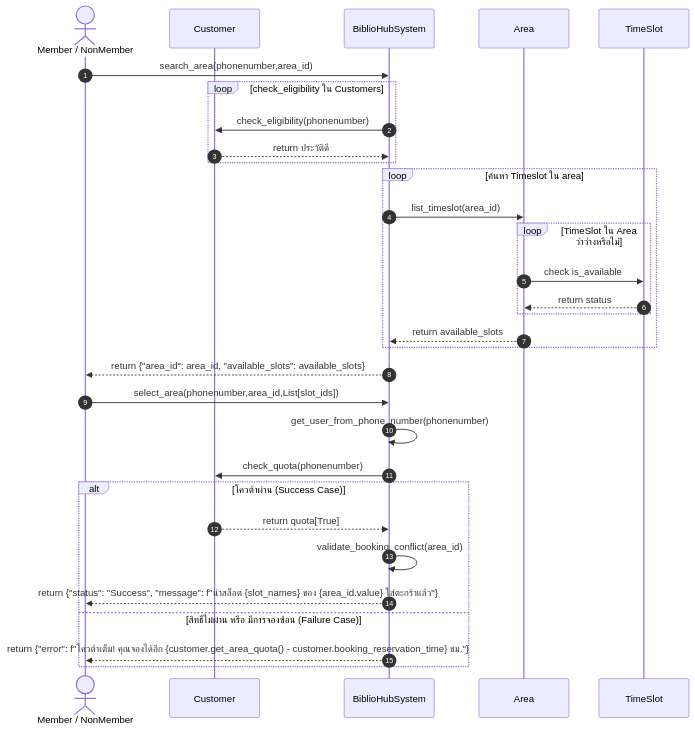
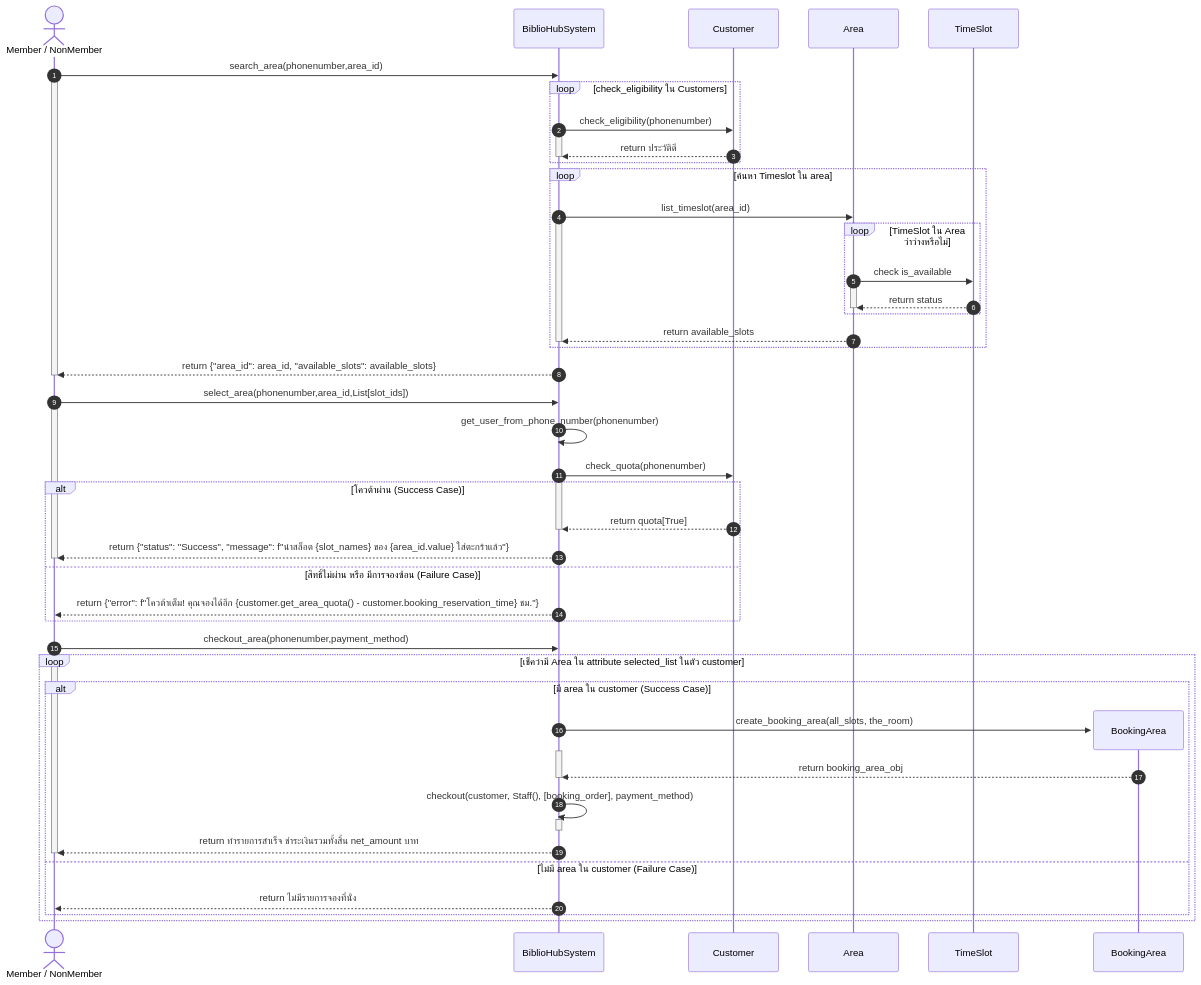
The diagram in mermaid/seq_booking_area.mmd (NadtaphumBadkhunthod/OOP), drawn with Mermaid before and after one commit. The commit also changed 4 other files, not shown here.

Commit message:
Revert "change class diagram and seq_area and booking_area"

```diff
--- a/mermaid/seq_booking_area.mmd
+++ b/mermaid/seq_booking_area.mmd
@@ -1,34 +1,67 @@
 sequenceDiagram
     autonumber
     actor Customer as Member / NonMember
+    participant System as BiblioHubSystem
     participant Customers as Customer
-    participant System as BiblioHubSystem
+    
     participant AreaObj as Area
     participant Slot as TimeSlot    
 
     Customer->>System: search_area(phonenumber,area_id)
+    activate Customer
     loop check_eligibility ใน Customers
         System->>Customers: check_eligibility(phonenumber)
+        activate System
         Customers-->>System: return ประวัติดี
+        deactivate System
     end
     loop ค้นหา Timeslot ใน area
         System->>AreaObj: list_timeslot(area_id)
+        activate System
         loop  TimeSlot ใน Area ว่าว่างหรือไม่
             AreaObj->>Slot: check is_available
+            activate AreaObj
             Slot-->>AreaObj: return status
+            deactivate AreaObj
         end
         AreaObj-->>System: return available_slots
+        deactivate System
+        
     end
 
     System-->>Customer: return {"area_id": area_id, "available_slots": available_slots}
+    deactivate Customer
 
+    %% Select Area and Slot
     Customer->>System: select_area(phonenumber,area_id,List[slot_ids])
+    activate Customer
     System->>System: get_user_from_phone_number(phonenumber)
     System->>Customers: check_quota(phonenumber)
+    activate System
     alt โควต้าผ่าน (Success Case)
         Customers-->>System: return quota[True]
-        System->>System:validate_booking_conflict(area_id)
+        deactivate System
         System-->>Customer: return {"status": "Success", "message": f"นำสล็อต {slot_names} ของ {area_id.value} ใส่ตะกร้าแล้ว"}
+        deactivate Customer
     else สิทธิ์ไม่ผ่าน หรือ มีการจองซ้อน (Failure Case)
         System-->>Customer: return {"error": f"โควต้าเต็ม! คุณจองได้อีก {customer.get_area_quota() - customer.booking_reservation_time} ชม."}
+        
     end
+    Customer->>System: checkout_area(phonenumber,payment_method)
+    activate Customer
+    loop เช็คว่ามี Area ใน attribute selected_list ในตัว customer
+        alt มี area ใน customer (Success Case)
+            create participant BArea as BookingArea
+            System->>BArea:create_booking_area(all_slots, the_room)
+            activate System
+            BArea -->>System:return booking_area_obj
+            deactivate System
+            System->>System:checkout(customer, Staff(), [booking_order], payment_method)
+            activate System
+            deactivate System
+            System-->>Customer:return ทำรายการสำเร็จ ชำระเงินรวมทั้งสิ้น net_amount บาท
+            deactivate Customer
+        else ไม่มี area ใน customer (Failure Case)
+            System-->>Customer: return ไม่มีรายการจองที่นั่ง
+        end
+    end
```
